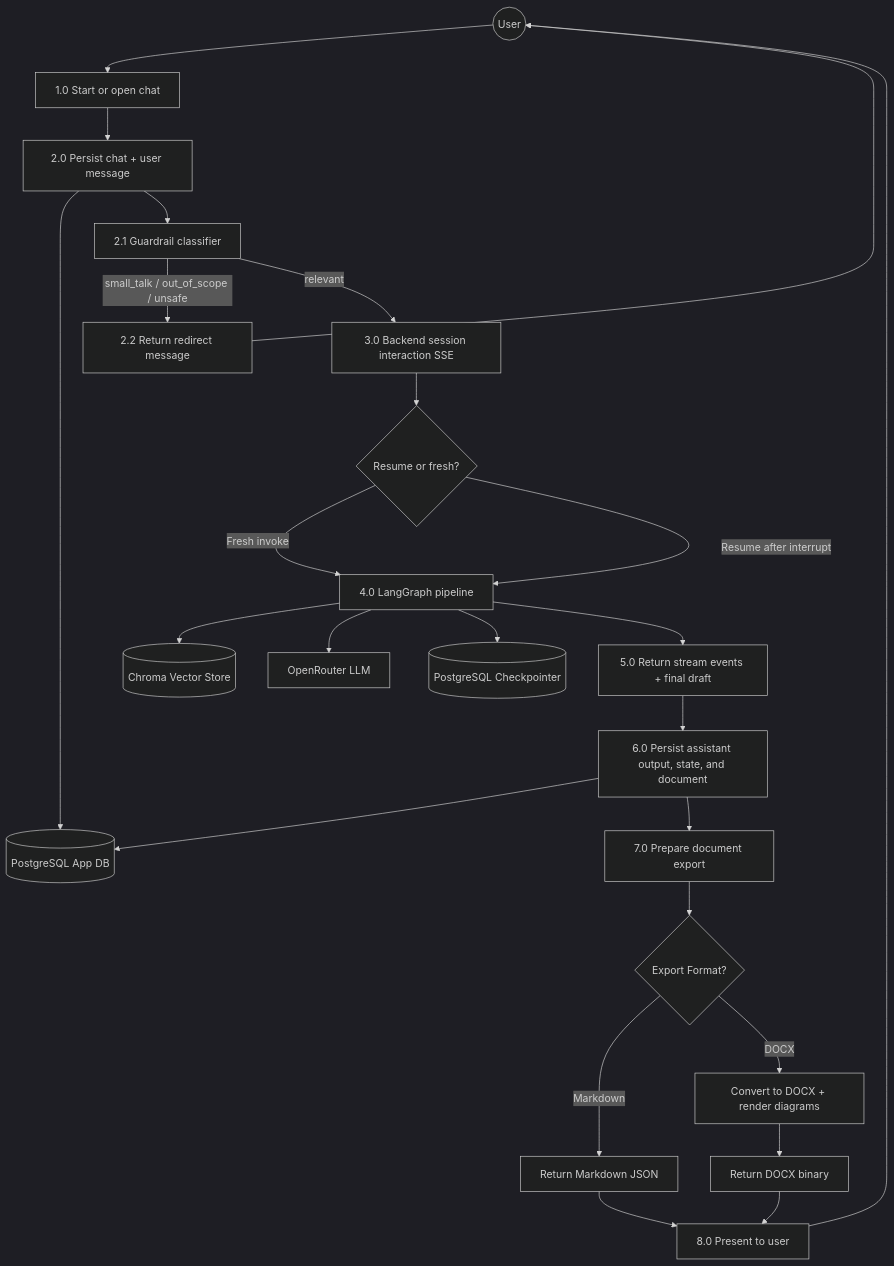
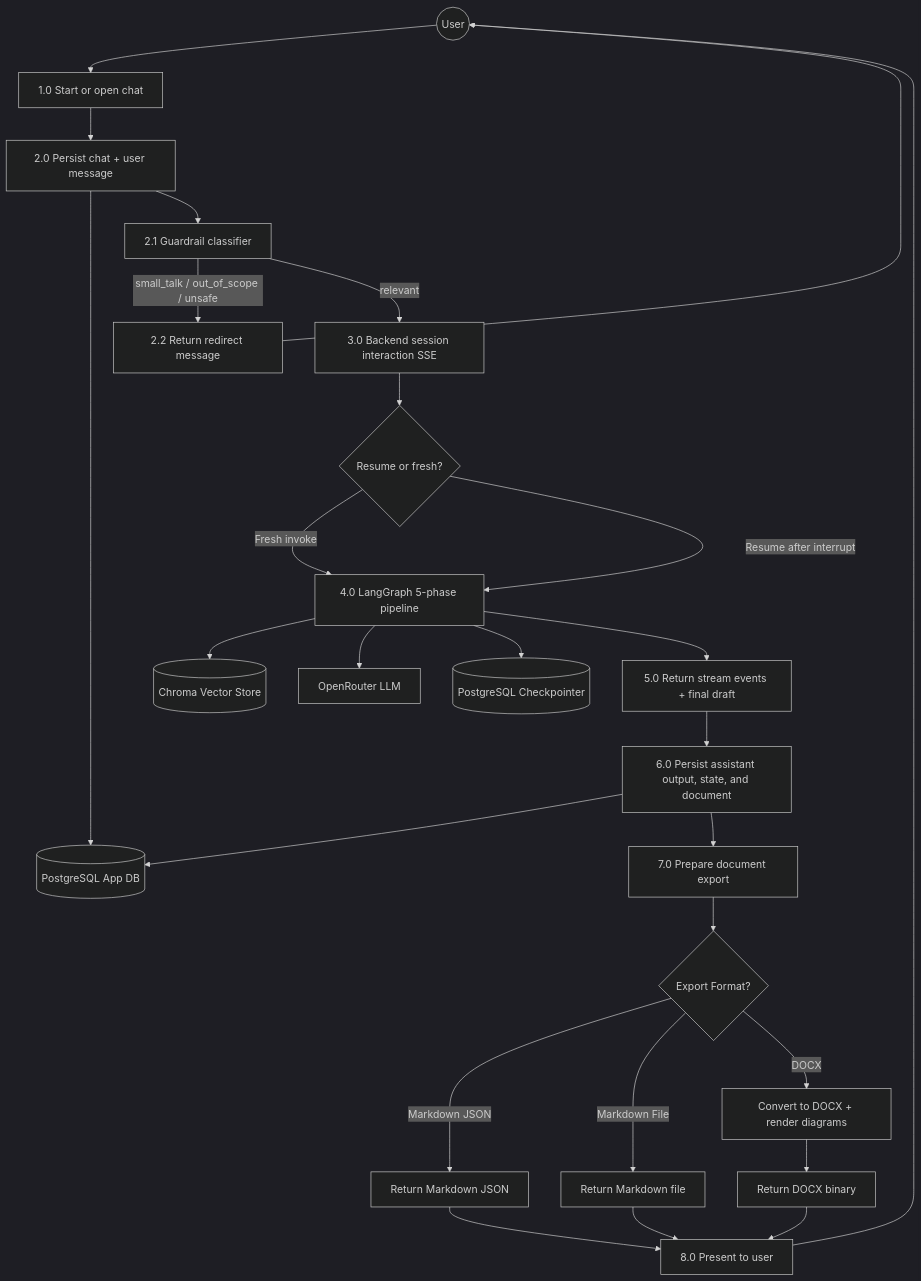
Before and after one commit to Ta1al/automated-SRS-generator: the second of 3 diagrams in documentation/dataflow_diagram.md, drawn with Mermaid (dark theme). The commit also changed other lines of this file and 5 other files, not shown here.

First line of the commit message:
Enhance documentation with updated data flow diagrams, design document, ER diagram, and new use case diagram

````diff
--- a/documentation/dataflow_diagram.md
+++ b/documentation/dataflow_diagram.md
@@ -17,32 +17,34 @@
 ```mermaid
 graph TD
     User((User)) --> P1["1.0 Start or open chat"]
     P1 --> P2["2.0 Persist chat + user message"]
     P2 --> AppDB[(PostgreSQL App DB)]
 
     P2 --> P2a["2.1 Guardrail classifier"]
     P2a -->|small_talk / out_of_scope / unsafe| P2b["2.2 Return redirect message"]
     P2b --> User
 
     P2a -->|relevant| P3["3.0 Backend session interaction SSE"]
     P3 --> P3a{Resume or fresh?}
-    P3a -->|Fresh invoke| Graph["4.0 LangGraph pipeline"]
+    P3a -->|Fresh invoke| Graph["4.0 LangGraph 5-phase pipeline"]
     P3a -->|Resume after interrupt| Graph
 
     Graph --> VectorDB[(Chroma Vector Store)]
     Graph --> LLM[OpenRouter LLM]
     Graph --> Checkpointer[(PostgreSQL Checkpointer)]
 
     Graph --> P5["5.0 Return stream events + final draft"]
     P5 --> P6["6.0 Persist assistant output, state, and document"]
     P6 --> AppDB
 
     P6 --> P7["7.0 Prepare document export"]
     P7 --> P8{Export Format?}
-    P8 -->|Markdown| ReturnMarkdown["Return Markdown JSON"]
+    P8 -->|Markdown JSON| ReturnJSON["Return Markdown JSON"]
+    P8 -->|Markdown File| ReturnMD["Return Markdown file"]
     P8 -->|DOCX| DocxConvert["Convert to DOCX + render diagrams"]
     DocxConvert --> ReturnDocx["Return DOCX binary"]
-    ReturnMarkdown --> P9["8.0 Present to user"]
+    ReturnJSON --> P9["8.0 Present to user"]
+    ReturnMD --> P9
     ReturnDocx --> P9
     P9 --> User
 ```
````
